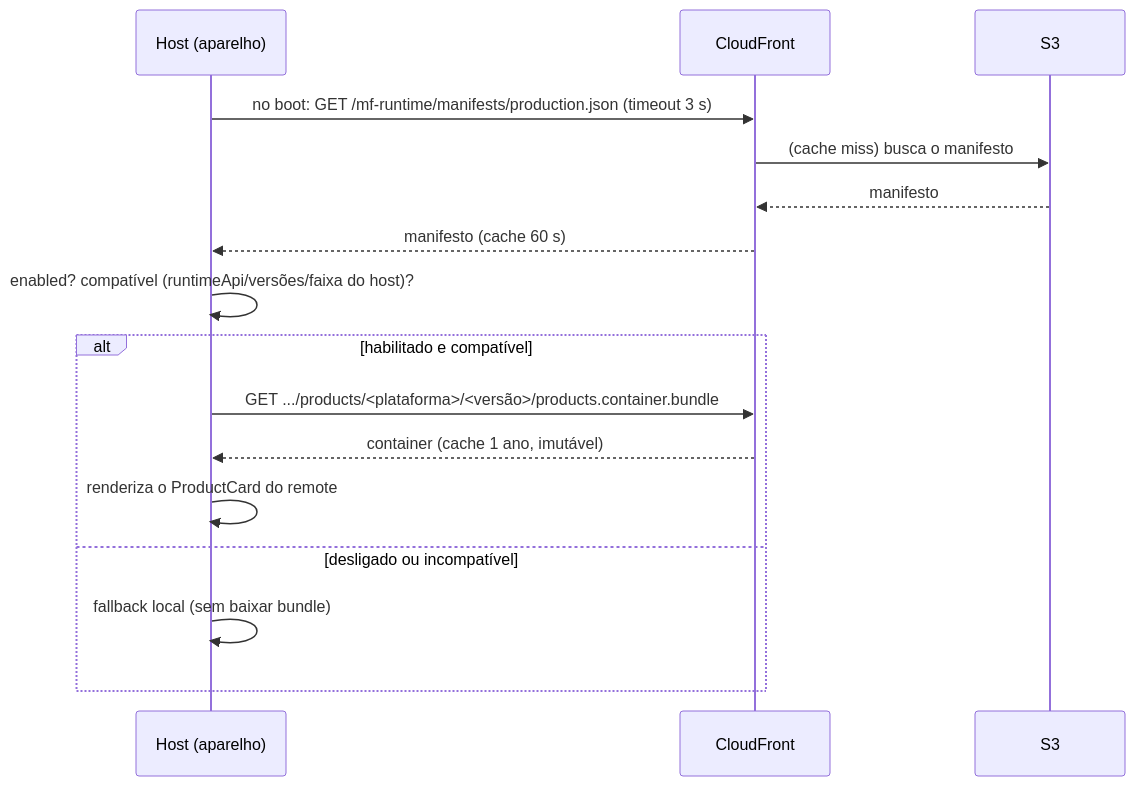
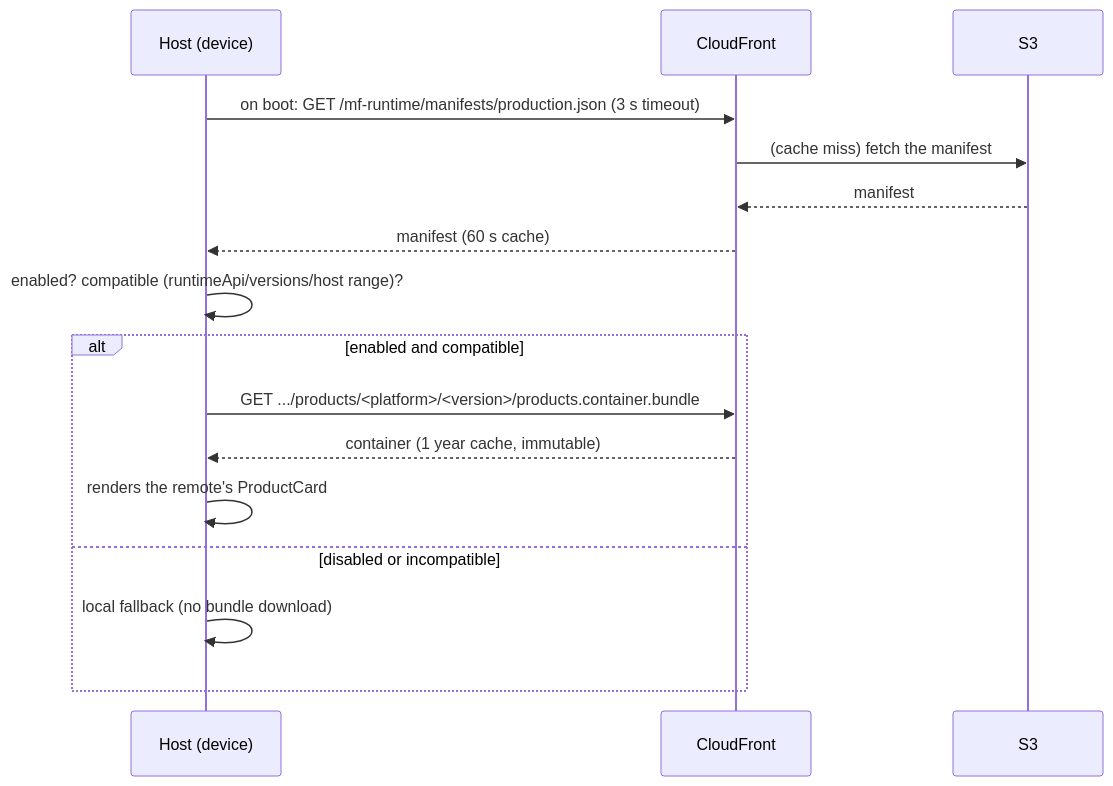
One commit to Luizrebelatto/module-federation-playground changed the diagram in mf-runtime/release/README.md. Above: the diagram before and after it, drawn with Mermaid. The commit also changed other lines of this file and 1 other file, not shown here.

````diff
--- a/mf-runtime/release/README.md
+++ b/mf-runtime/release/README.md
@@ -74,19 +74,19 @@
 ```mermaid
 sequenceDiagram
-  participant App as Host (aparelho)
+  participant App as Host (device)
   participant CF as CloudFront
   participant S3 as S3
 
-  App->>CF: no boot: GET /mf-runtime/manifests/production.json (timeout 3 s)
-  CF->>S3: (cache miss) busca o manifesto
-  S3-->>CF: manifesto
-  CF-->>App: manifesto (cache 60 s)
-  App->>App: enabled? compatível (runtimeApi/versões/faixa do host)?
-  alt habilitado e compatível
-    App->>CF: GET .../products/<plataforma>/<versão>/products.container.bundle
-    CF-->>App: container (cache 1 ano, imutável)
-    App->>App: renderiza o ProductCard do remote
-  else desligado ou incompatível
-    App->>App: fallback local (sem baixar bundle)
+  App->>CF: on boot: GET /mf-runtime/manifests/production.json (3 s timeout)
+  CF->>S3: (cache miss) fetch the manifest
+  S3-->>CF: manifest
+  CF-->>App: manifest (60 s cache)
+  App->>App: enabled? compatible (runtimeApi/versions/host range)?
+  alt enabled and compatible
+    App->>CF: GET .../products/<platform>/<version>/products.container.bundle
+    CF-->>App: container (1 year cache, immutable)
+    App->>App: renders the remote's ProductCard
+  else disabled or incompatible
+    App->>App: local fallback (no bundle download)
   end
 ```
````
